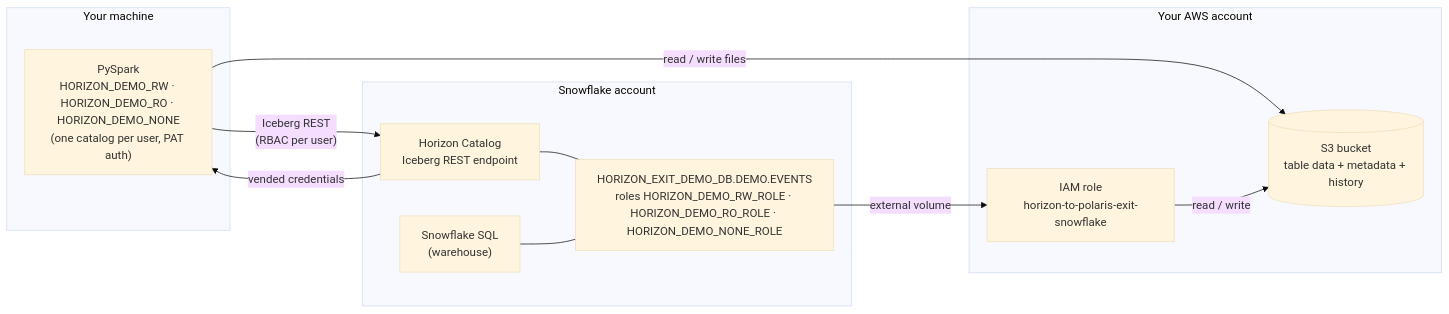
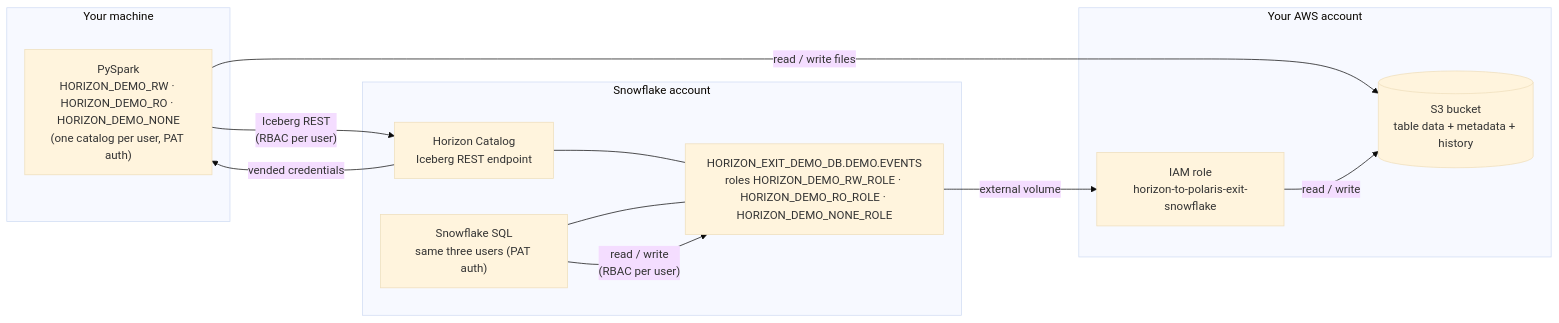
One commit to jasonhughes248/horizon-to-polaris-exit-demo changed the first of 2 diagrams in README.md. Above: the diagram before and after it, drawn with Mermaid (base theme). The commit also changed other lines of this file and 14 other files, not shown here.

````diff
--- a/README.md
+++ b/README.md
@@ -111,22 +122,23 @@
 ```mermaid
 flowchart LR
     subgraph local["Your machine"]
         spark["PySpark<br/>HORIZON_DEMO_RW · HORIZON_DEMO_RO · HORIZON_DEMO_NONE<br/>(one catalog per user, PAT auth)"]
     end
     subgraph sf["Snowflake account"]
         horizon["Horizon Catalog<br/>Iceberg REST endpoint"]
         objs["HORIZON_EXIT_DEMO_DB.DEMO.EVENTS<br/>roles HORIZON_DEMO_RW_ROLE · HORIZON_DEMO_RO_ROLE · HORIZON_DEMO_NONE_ROLE"]
-        wh["Snowflake SQL<br/>(warehouse)"]
+        wh["Snowflake SQL<br/>same three users (PAT auth)"]
         horizon --- objs
         wh --- objs
     end
     subgraph aws["Your AWS account"]
         role["IAM role<br/>horizon-to-polaris-exit-snowflake"]
         s3[("S3 bucket<br/>table data + metadata + history")]
     end
     spark -- "Iceberg REST<br/>(RBAC per user)" --> horizon
     horizon -- "vended credentials" --> spark
     spark -- "read / write files" --> s3
+    wh -- "read / write<br/>(RBAC per user)" --> objs
     objs -- "external volume" --> role
     role -- "read / write" --> s3
 ```
````
